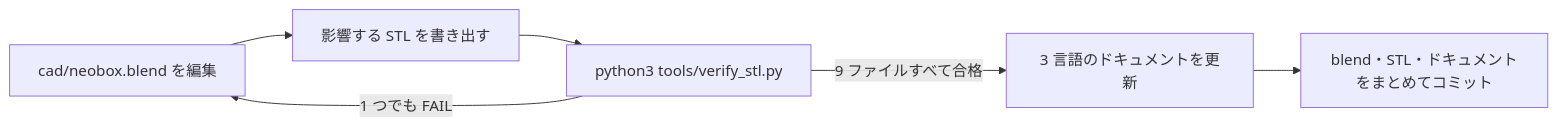
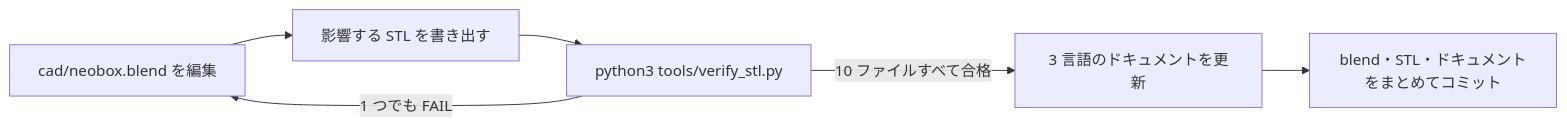
The diagram in docs/design.ja.md (Neoanaloglab/Neobox), drawn with Mermaid before and after one commit. The commit also changed other lines of this file and 42 other files, not shown here.

````diff
--- a/docs/design.ja.md
+++ b/docs/design.ja.md
@@ -365,8 +384,8 @@
 ```mermaid
 flowchart LR
   A[cad/neobox.blend を編集] --> B[影響する STL を書き出す]
   B --> C[python3 tools/verify_stl.py]
-  C -->|9 ファイルすべて合格| D[3 言語のドキュメントを更新]
+  C -->|10 ファイルすべて合格| D[3 言語のドキュメントを更新]
   C -->|1 つでも FAIL| A
   D --> E[blend・STL・ドキュメントをまとめてコミット]
 ```
````
